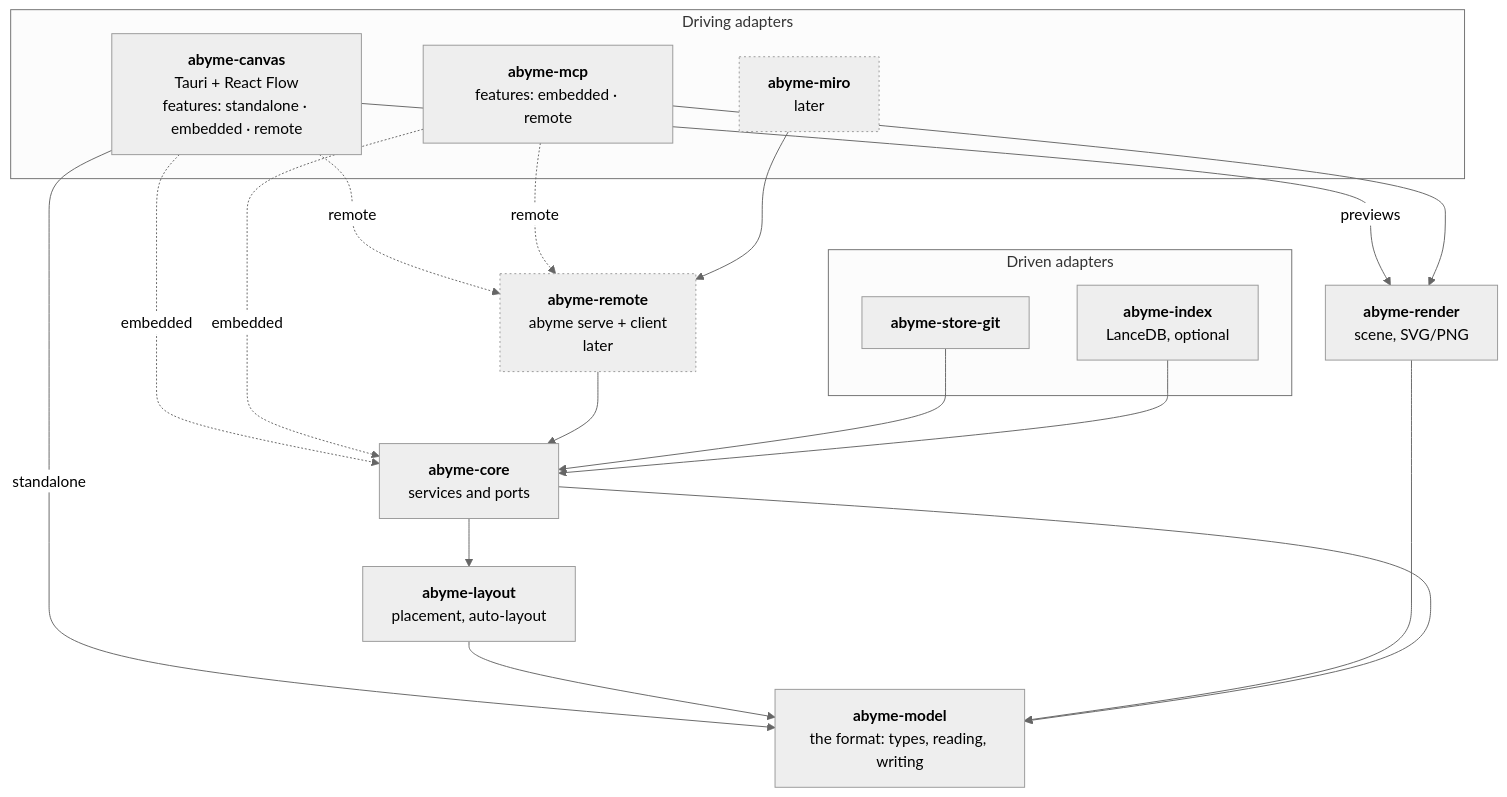
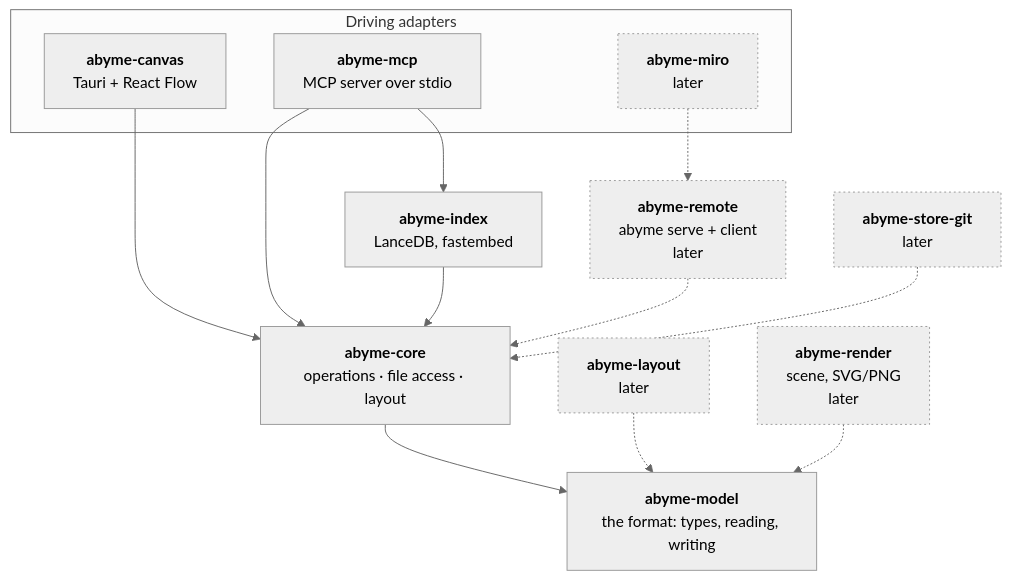
The diagram in docs/5 Architecture/Hexagonal Architecture.md (chdalski/abyme), drawn with Mermaid (neutral theme) before and after one commit. The commit also changed other lines of this file and 13 other files, not shown here.

First line of the commit message:
docs(concept): record the architecture decisions for the Working Skeleton

````diff
--- a/docs/5 Architecture/Hexagonal Architecture.md
+++ b/docs/5 Architecture/Hexagonal Architecture.md
@@ -62,39 +58,30 @@
 ```mermaid
 flowchart TB
     subgraph driving["Driving adapters"]
-        canvas["<b>abyme-canvas</b><br>Tauri + React Flow<br>features: standalone · embedded · remote"]
-        mcp["<b>abyme-mcp</b><br>features: embedded · remote"]
+        canvas["<b>abyme-canvas</b><br>Tauri + React Flow"]
+        mcp["<b>abyme-mcp</b><br>MCP server over stdio"]
         miro["<b>abyme-miro</b><br>later"]
     end
 
     remote["<b>abyme-remote</b><br>abyme serve + client<br>later"]
+    index["<b>abyme-index</b><br>LanceDB, fastembed"]
+    core["<b>abyme-core</b><br>operations · file access · layout"]
+    model["<b>abyme-model</b><br>the format: types, reading, writing"]
+    layout["<b>abyme-layout</b><br>later"]
+    render["<b>abyme-render</b><br>scene, SVG/PNG<br>later"]
+    store["<b>abyme-store-git</b><br>later"]
 
-    subgraph driven["Driven adapters"]
-        store["<b>abyme-store-git</b>"]
-        index["<b>abyme-index</b><br>LanceDB, optional"]
-    end
-
-    core["<b>abyme-core</b><br>services and ports"]
-    layout["<b>abyme-layout</b><br>placement, auto-layout"]
-    render["<b>abyme-render</b><br>scene, SVG/PNG"]
-    model["<b>abyme-model</b><br>the format: types, reading, writing"]
-
-    canvas -->|"standalone"| model
-    canvas -.->|"embedded"| core
-    canvas -.->|"remote"| remote
-    canvas -->|"previews"| render
-    mcp -.->|"embedded"| core
-    mcp -.->|"remote"| remote
-    mcp --> render
-    miro --> remote
-    remote --> core
-    store --> core
+    canvas --> core
+    mcp --> core
+    mcp --> index
     index --> core
-    core --> layout
-    layout --> model
-    render --> model
     core --> model
+    miro -.-> remote
+    remote -.-> core
+    layout -.-> model
+    render -.-> model
+    store -.-> core
 
     classDef later stroke-dasharray: 2 3
-    class miro,remote later
+    class miro,remote,layout,render,store later
 ```
````
